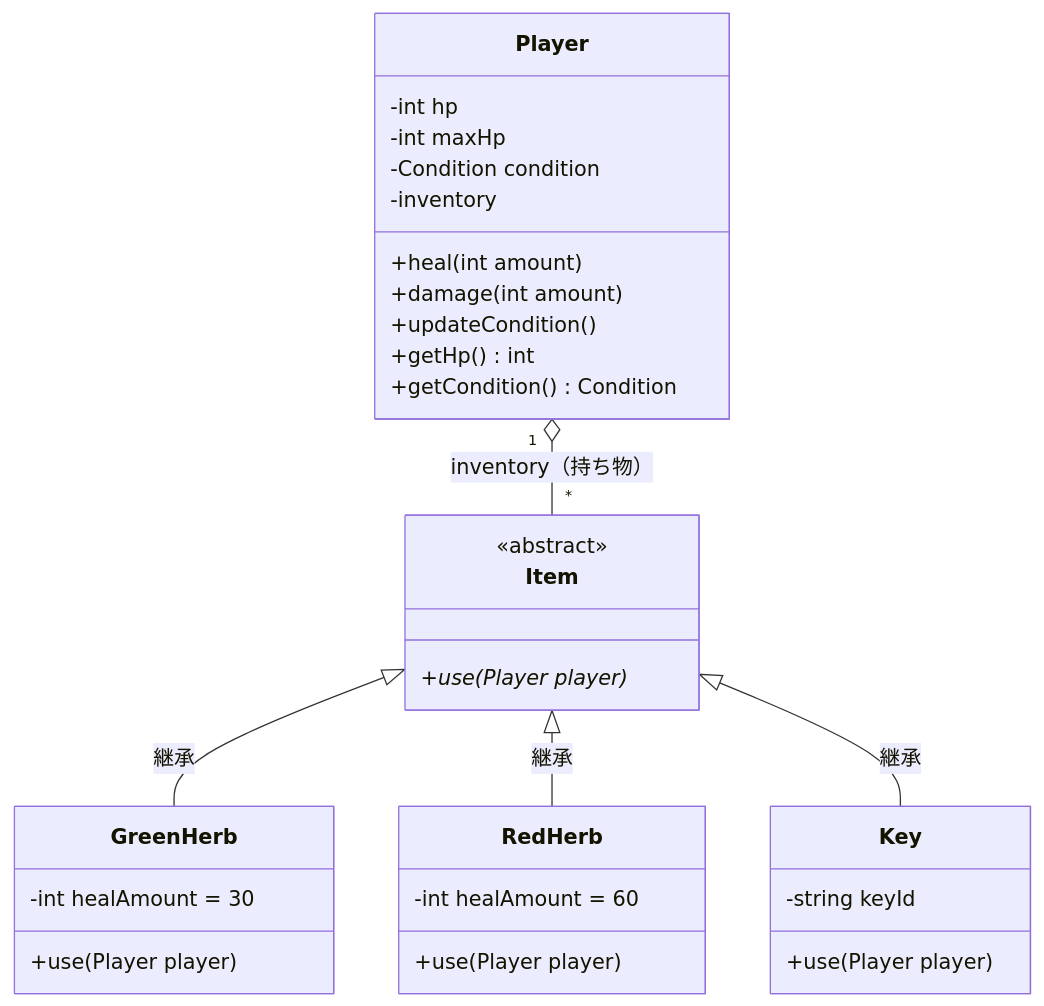
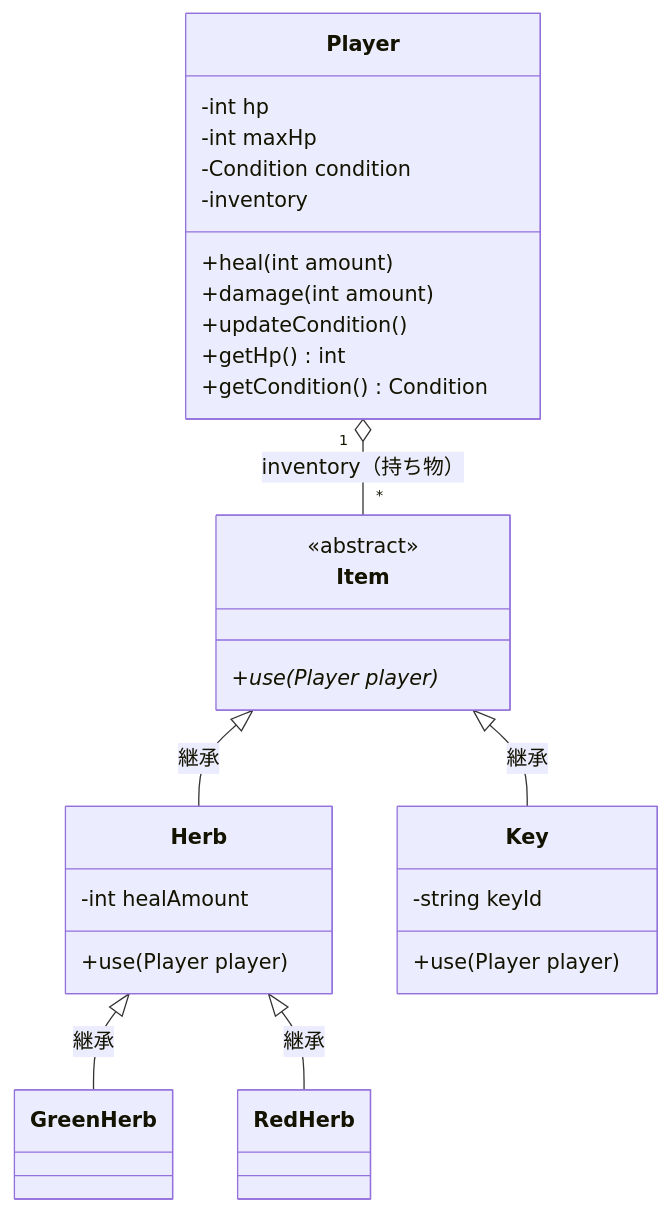
One commit to fuddt/Cplus changed the first of 4 diagrams in Cplus/chapter-00-goal.md. Above: the diagram before and after it, drawn with Mermaid. The commit also changed 18 other files, not shown here.

````diff
--- a/Cplus/chapter-00-goal.md
+++ b/Cplus/chapter-00-goal.md
@@ -26,39 +26,38 @@
 ```mermaid
 classDiagram
     class Player {
         -int hp
         -int maxHp
         -Condition condition
         -inventory
         +heal(int amount)
         +damage(int amount)
         +updateCondition()
         +getHp() int
         +getCondition() Condition
     }
 
     class Item {
         <<abstract>>
         +use(Player player)*
     }
 
-    class GreenHerb {
-        -int healAmount = 30
+    class Herb {
+        -int healAmount
         +use(Player player)
     }
 
-    class RedHerb {
-        -int healAmount = 60
-        +use(Player player)
-    }
+    class GreenHerb
+    class RedHerb
 
     class Key {
         -string keyId
         +use(Player player)
     }
 
-    Item <|-- GreenHerb : 継承
-    Item <|-- RedHerb   : 継承
-    Item <|-- Key        : 継承
+    Item <|-- Herb      : 継承
+    Herb <|-- GreenHerb : 継承
+    Herb <|-- RedHerb   : 継承
+    Item <|-- Key       : 継承
     Player "1" o-- "*" Item : inventory（持ち物）
 ```
````
